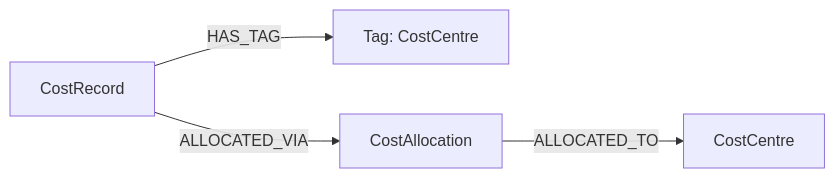
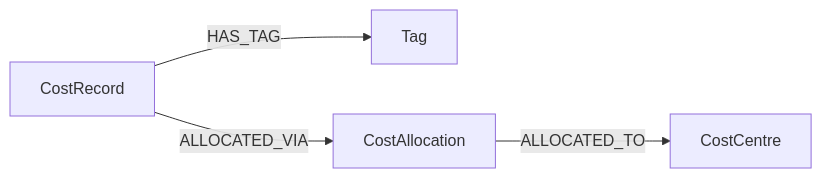
One commit to sid0803/cloud-cost-knowledge-graph changed the third of 3 diagrams in README.md. Above: the diagram before and after it, drawn with Mermaid. The commit also changed other lines of this file and 1 other file, not shown here.

````diff
--- a/README.md
+++ b/README.md
@@ -172,12 +179,6 @@
 ```mermaid
 flowchart LR
-
-CR[CostRecord]
-T[Tag: CostCentre]
-CA[CostAllocation]
-CC[CostCentre]
-
-CR -->|HAS_TAG| T
-CR -->|ALLOCATED_VIA| CA
-CA -->|ALLOCATED_TO| CC
+CR[CostRecord] -->|HAS_TAG| T[Tag]
+CR -->|ALLOCATED_VIA| CA[CostAllocation]
+CA -->|ALLOCATED_TO| CC[CostCentre]
 ```
````
